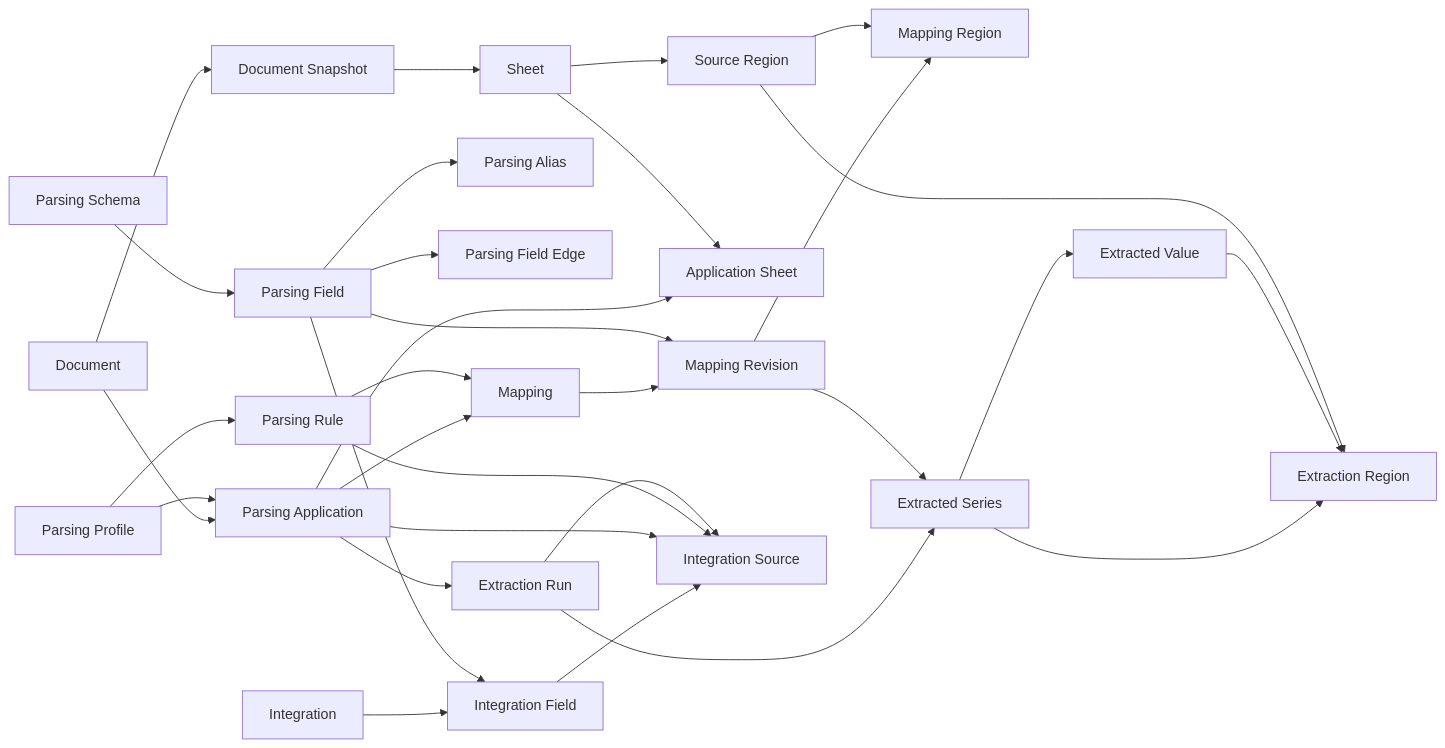
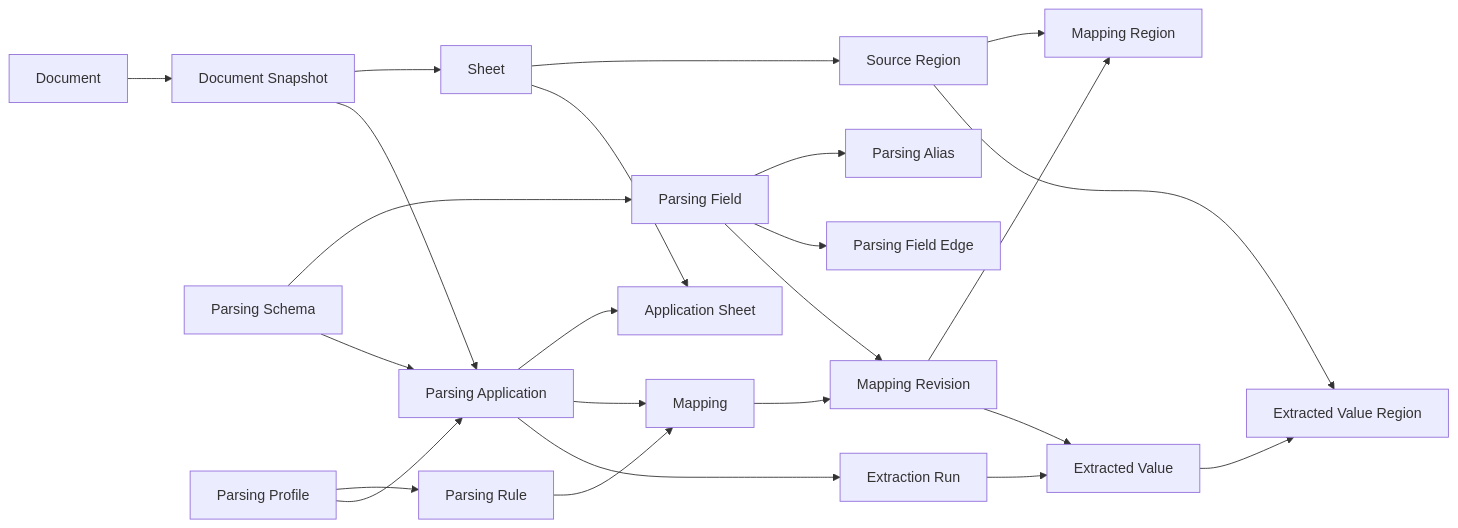
One commit to ujajuck/data_gathering changed the diagram in docs/design/parsing-core-schema.md. Above: the diagram before and after it, drawn with Mermaid. The commit also changed other lines of this file, not shown here.

Commit message:
Revise parsing core schema to agreed 18-table model

````diff
--- a/docs/design/parsing-core-schema.md
+++ b/docs/design/parsing-core-schema.md
@@ -30,68 +26,56 @@
 ```mermaid
 flowchart LR
     DOC[Document]
     SNAP[Document Snapshot]
     SHEET[Sheet]
     REGION[Source Region]
 
-    PSCHEMA[Parsing Schema]
-    PFIELD[Parsing Field]
-    PALIAS[Parsing Alias]
-    PEDGE[Parsing Field Edge]
+    SCHEMA[Parsing Schema]
+    FIELD[Parsing Field]
+    ALIAS[Parsing Alias]
+    FEDGE[Parsing Field Edge]
 
-    PPROFILE[Parsing Profile]
-    PRULE[Parsing Rule]
+    PROFILE[Parsing Profile]
+    RULE[Parsing Rule]
 
-    PAPP[Parsing Application]
+    APP[Parsing Application]
     ASHEET[Application Sheet]
 
     MAP[Mapping]
     MREV[Mapping Revision]
     MREG[Mapping Region]
 
     RUN[Extraction Run]
-    SERIES[Extracted Series]
     VALUE[Extracted Value]
-    EREG[Extraction Region]
-
-    INTEG[Integration]
-    IFIELD[Integration Field]
-    ISOURCE[Integration Source]
+    VREG[Extracted Value Region]
 
     DOC --> SNAP
     SNAP --> SHEET
     SHEET --> REGION
 
-    PSCHEMA --> PFIELD
-    PFIELD --> PALIAS
-    PFIELD --> PEDGE
+    SCHEMA --> FIELD
+    FIELD --> ALIAS
+    FIELD --> FEDGE
 
-    PPROFILE --> PRULE
+    PROFILE --> RULE
 
-    DOC --> PAPP
-    PPROFILE --> PAPP
-    PAPP --> ASHEET
+    SNAP --> APP
+    PROFILE --> APP
+    SCHEMA --> APP
+
+    APP --> ASHEET
     SHEET --> ASHEET
 
-    PAPP --> MAP
-    PRULE --> MAP
+    APP --> MAP
+    RULE --> MAP
     MAP --> MREV
-    PFIELD --> MREV
+    FIELD --> MREV
     MREV --> MREG
     REGION --> MREG
 
-    PAPP --> RUN
-    RUN --> SERIES
-    MREV --> SERIES
-    SERIES --> VALUE
-    SERIES --> EREG
-    VALUE --> EREG
-    REGION --> EREG
-
-    INTEG --> IFIELD
-    PFIELD --> IFIELD
-    IFIELD --> ISOURCE
-    PAPP --> ISOURCE
-    PRULE --> ISOURCE
-    RUN --> ISOURCE
+    APP --> RUN
+    RUN --> VALUE
+    MREV --> VALUE
+    VALUE --> VREG
+    REGION --> VREG
 ```
````
